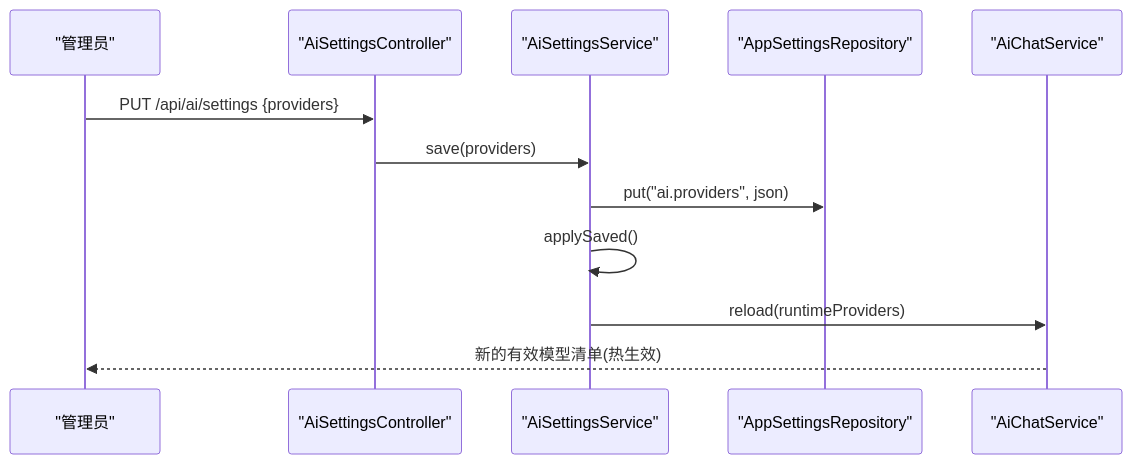
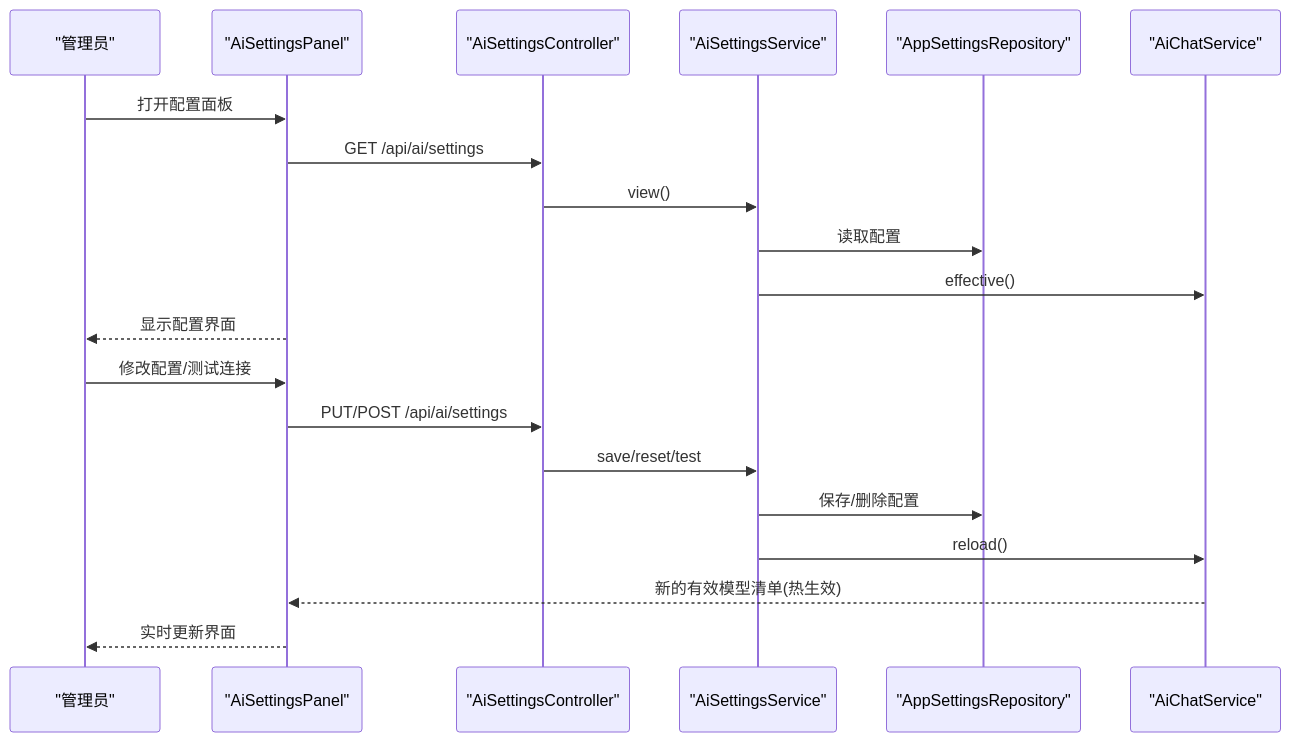
The second of 3 diagrams in .qoder/repowiki/zh/content/AI系统集成/AI配置管理.md (huangman881112/aiforip), drawn with Mermaid before and after one commit. The commit also changed other lines of this file and 69 other files, not shown here.

````diff
--- a/.qoder/repowiki/zh/content/AI系统集成/AI配置管理.md
+++ b/.qoder/repowiki/zh/content/AI系统集成/AI配置管理.md
@@ -95,14 +116,22 @@
 ```mermaid
 sequenceDiagram
 participant Admin as "管理员"
+participant Panel as "AiSettingsPanel"
 participant Ctrl as "AiSettingsController"
 participant Svc as "AiSettingsService"
 participant Repo as "AppSettingsRepository"
 participant Chat as "AiChatService"
-Admin->>Ctrl : PUT /api/ai/settings {providers}
-Ctrl->>Svc : save(providers)
-Svc->>Repo : put("ai.providers", json)
-Svc->>Svc : applySaved()
-Svc->>Chat : reload(runtimeProviders)
-Chat-->>Admin : 新的有效模型清单(热生效)
+Admin->>Panel : 打开配置面板
+Panel->>Ctrl : GET /api/ai/settings
+Ctrl->>Svc : view()
+Svc->>Repo : 读取配置
+Svc->>Chat : effective()
+Panel-->>Admin : 显示配置界面
+Admin->>Panel : 修改配置/测试连接
+Panel->>Ctrl : PUT/POST /api/ai/settings
+Ctrl->>Svc : save/reset/test
+Svc->>Repo : 保存/删除配置
+Svc->>Chat : reload()
+Chat-->>Panel : 新的有效模型清单(热生效)
+Panel-->>Admin : 实时更新界面
 ```
````
